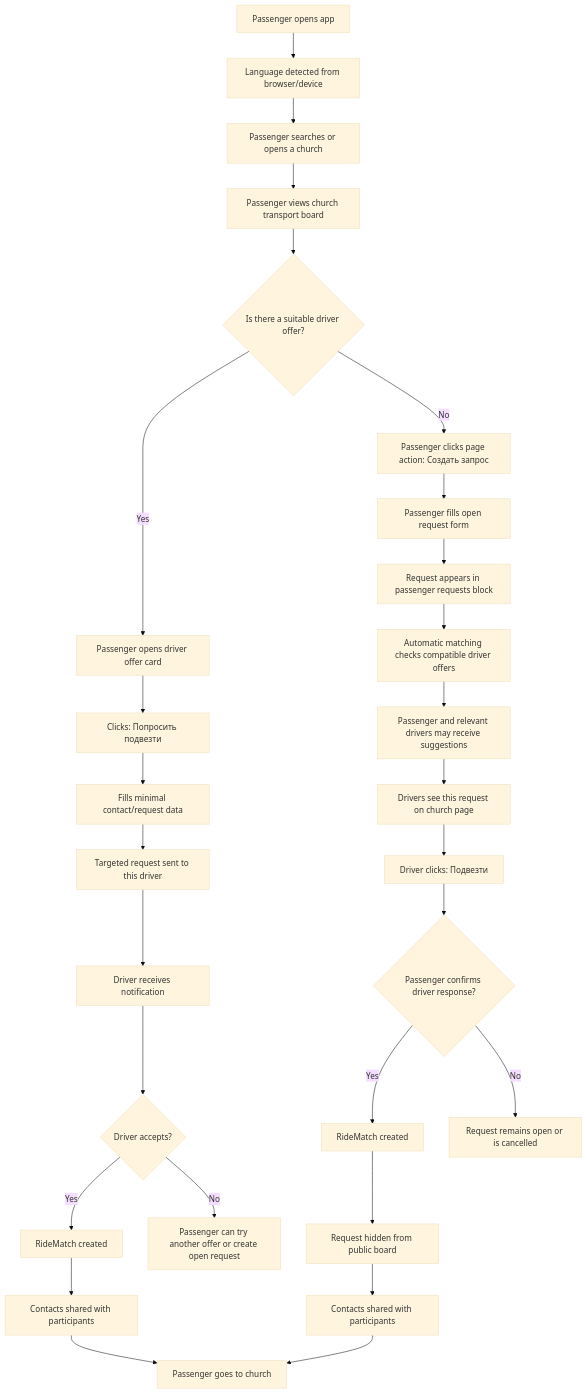
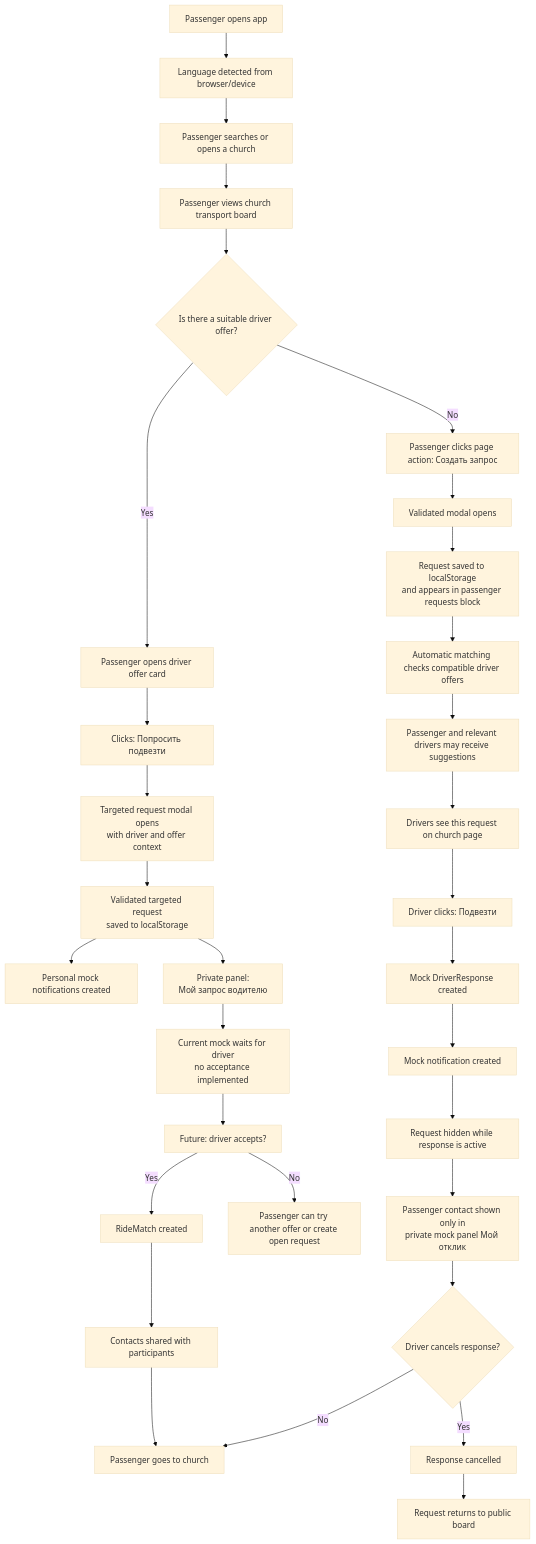
One commit to Agafanail/orthodox-routes changed the third of 14 diagrams in docs/PROJECT_MAP.md. Above: the diagram before and after it, drawn with Mermaid (base theme). The commit also changed other lines of this file and 13 other files, not shown here.

First line of the commit message:
Implement persistent church transport request flows

````diff
--- a/docs/PROJECT_MAP.md
+++ b/docs/PROJECT_MAP.md
@@ -92,33 +104,37 @@
 ```mermaid
 flowchart TD
     P0["Passenger opens app"] --> P1["Language detected from browser/device"]
     P1 --> P2["Passenger searches or opens a church"]
     P2 --> P3["Passenger views church transport board"]
 
     P3 --> A{"Is there a suitable driver offer?"}
 
     A -->|Yes| A1["Passenger opens driver offer card"]
     A1 --> A2["Clicks: Попросить подвезти"]
-    A2 --> A3["Fills minimal contact/request data"]
-    A3 --> A4["Targeted request sent to this driver"]
-    A4 --> A4N["Driver receives notification"]
-    A4N --> A5{"Driver accepts?"}
-    A5 -->|Yes| A6["RideMatch created"]
+    A2 --> A3["Targeted request modal opens<br/>with driver and offer context"]
+    A3 --> A4["Validated targeted request<br/>saved to localStorage"]
+    A4 --> A4N["Personal mock notifications created"]
+    A4 --> A4P["Private panel:<br/>Мой запрос водителю"]
+    A4P --> A5["Current mock waits for driver<br/>no acceptance implemented"]
+    A5 --> A5F["Future: driver accepts?"]
+    A5F -->|Yes| A6["RideMatch created"]
     A6 --> A7["Contacts shared with participants"]
     A7 --> A8["Passenger goes to church"]
-    A5 -->|No| A9["Passenger can try another offer or create open request"]
+    A5F -->|No| A9["Passenger can try another offer or create open request"]
 
     A -->|No| B1["Passenger clicks page action: Создать запрос"]
-    B1 --> B2["Passenger fills open request form"]
-    B2 --> B3["Request appears in passenger requests block"]
+    B1 --> B2["Validated modal opens"]
+    B2 --> B3["Request saved to localStorage<br/>and appears in passenger requests block"]
     B3 --> B3M["Automatic matching checks compatible driver offers"]
     B3M --> B3N["Passenger and relevant drivers may receive suggestions"]
     B3N --> B4["Drivers see this request on church page"]
     B4 --> B5["Driver clicks: Подвезти"]
-    B5 --> B6{"Passenger confirms driver response?"}
-    B6 -->|Yes| B7["RideMatch created"]
-    B7 --> B8["Request hidden from public board"]
-    B8 --> B9["Contacts shared with participants"]
-    B9 --> A8
-    B6 -->|No| B10["Request remains open or is cancelled"]
+    B5 --> B6["Mock DriverResponse created"]
+    B6 --> B7["Mock notification created"]
+    B7 --> B8["Request hidden while response is active"]
+    B8 --> B9["Passenger contact shown only in<br/>private mock panel Мой отклик"]
+    B9 --> B10{"Driver cancels response?"}
+    B10 -->|Yes| B11["Response cancelled"]
+    B11 --> B12["Request returns to public board"]
+    B10 -->|No| A8
 ```
````
